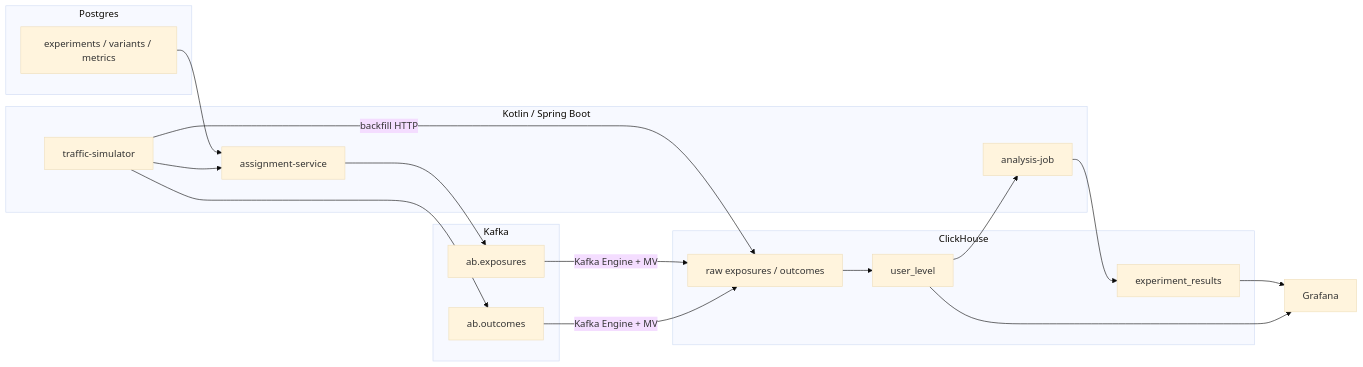
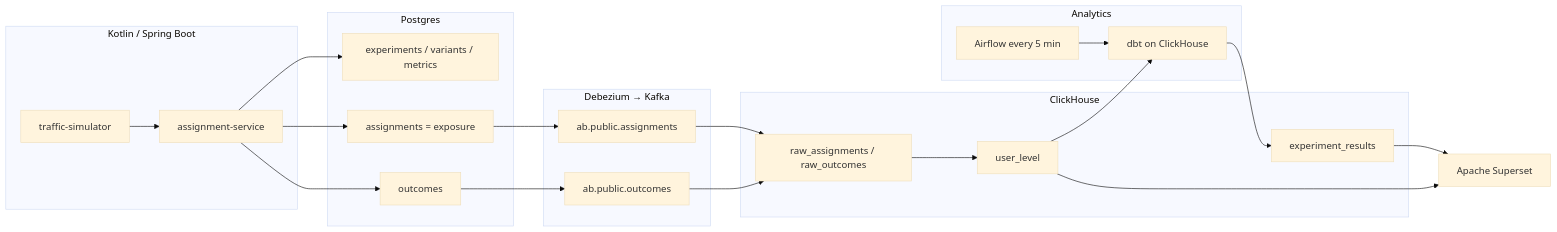
Before and after one commit to AndrewVerenich/data-pipelines: the first of 3 diagrams in ab-experiments-platform/README.md, drawn with Mermaid (base theme). The commit also changed other lines of this file and 98 other files, not shown here.

Commit message:
ab experiments superset

````diff
--- a/ab-experiments-platform/README.md
+++ b/ab-experiments-platform/README.md
@@ -5,38 +5,46 @@
 ```mermaid
 flowchart LR
-  subgraph config ["Postgres"]
-    EXP["experiments / variants / metrics"]
+  subgraph apps ["Kotlin / Spring Boot"]
+    API["assignment-service"]
+    SIM["traffic-simulator"]
   end
 
-  subgraph apps ["Kotlin / Spring Boot"]
-    ASG["assignment-service"]
-    SIM["traffic-simulator"]
-    JOB["analysis-job"]
+  subgraph oltp ["Postgres"]
+    CFG["experiments / variants / metrics"]
+    ASG["assignments = exposure"]
+    OUT["outcomes"]
   end
 
-  subgraph kafka ["Kafka"]
-    TE["ab.exposures"]
-    TO["ab.outcomes"]
+  subgraph cdc ["Debezium → Kafka"]
+    T1["ab.public.assignments"]
+    T2["ab.public.outcomes"]
   end
 
   subgraph ch ["ClickHouse"]
-    RAW["raw exposures / outcomes"]
+    RAW["raw_assignments / raw_outcomes"]
     UNIT["user_level"]
     RES["experiment_results"]
   end
 
-  GRAF["Grafana"]
+  subgraph analytics ["Analytics"]
+    DBT["dbt on ClickHouse"]
+    AF["Airflow every 5 min"]
+  end
 
-  EXP --> ASG
-  SIM --> ASG
-  ASG --> TE
-  SIM --> TO
-  TE -->|"Kafka Engine + MV"| RAW
-  TO -->|"Kafka Engine + MV"| RAW
-  SIM -->|"backfill HTTP"| RAW
+  SS["Apache Superset"]
+
+  SIM --> API
+  API --> CFG
+  API --> ASG
+  API --> OUT
+  ASG --> T1
+  OUT --> T2
+  T1 --> RAW
+  T2 --> RAW
   RAW --> UNIT
-  UNIT --> JOB
-  JOB --> RES
-  RES --> GRAF
-  UNIT --> GRAF
+  UNIT --> DBT
+  AF --> DBT
+  DBT --> RES
+  RES --> SS
+  UNIT --> SS
 ```
````
